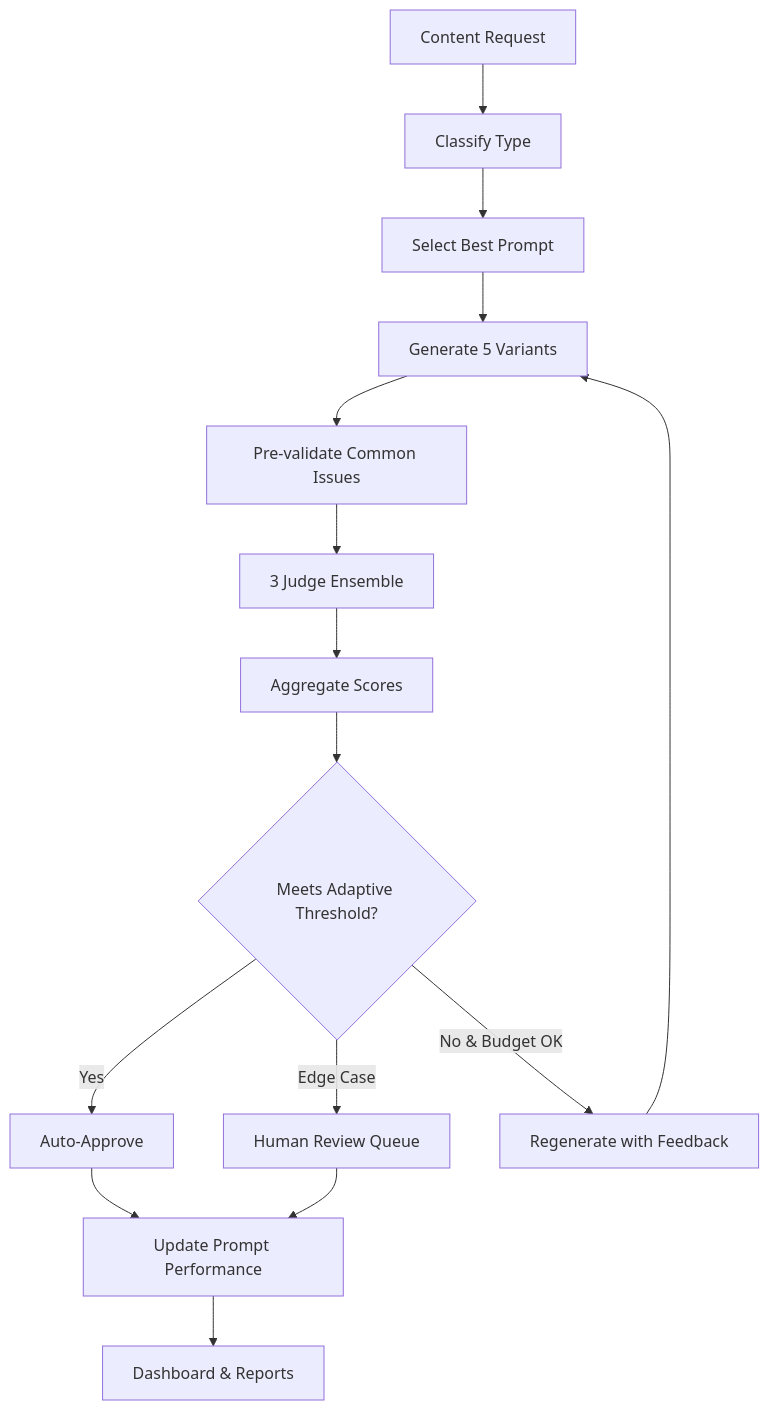
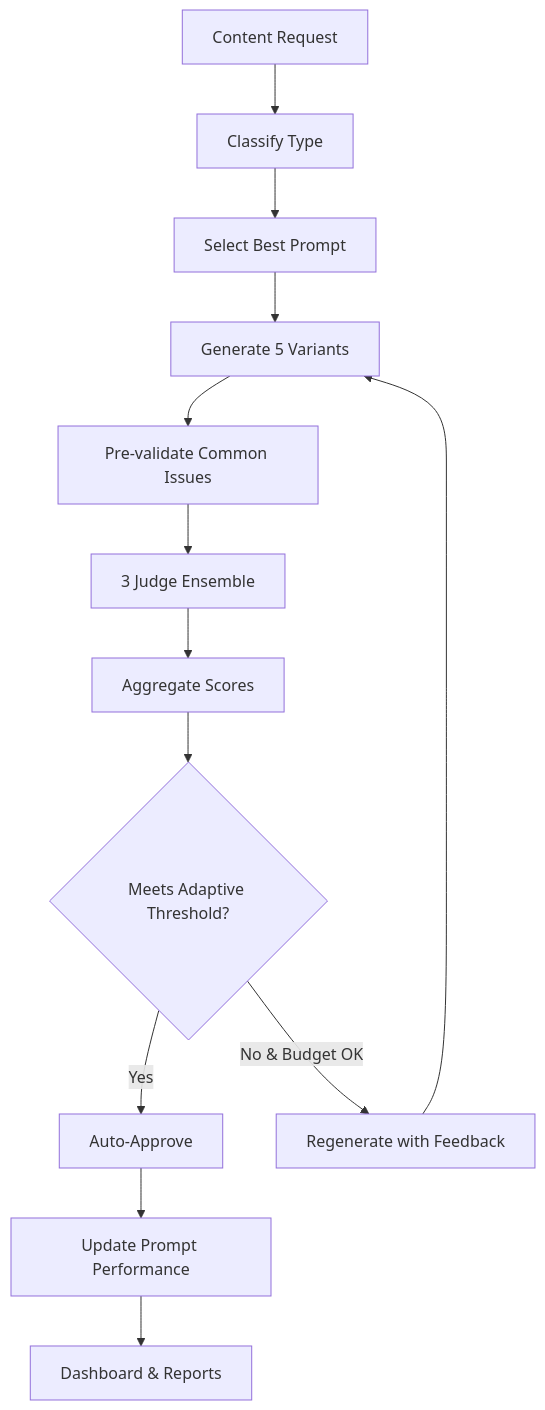
The diagram in docs/exercises/03-llm-as-judge/challenge-tasks.md (LouisChanCLY/automation-exercise), drawn with Mermaid before and after one commit. The commit also changed other lines of this file, not shown here.

````diff
--- a/docs/exercises/03-llm-as-judge/challenge-tasks.md
+++ b/docs/exercises/03-llm-as-judge/challenge-tasks.md
@@ -534,17 +335,15 @@
 ```mermaid
 graph TB
     Input[Content Request] --> Classifier[Classify Type]
     Classifier --> PromptSelector[Select Best Prompt]
     PromptSelector --> MultiGen[Generate 5 Variants]
     MultiGen --> PreValidate[Pre-validate Common Issues]
     PreValidate --> Ensemble[3 Judge Ensemble]
     Ensemble --> Aggregate[Aggregate Scores]
     Aggregate --> Adaptive{Meets Adaptive Threshold?}
     Adaptive -->|Yes| Approve[Auto-Approve]
-    Adaptive -->|Edge Case| Review[Human Review Queue]
     Adaptive -->|No & Budget OK| Iterate[Regenerate with Feedback]
     Iterate --> MultiGen
     Approve --> Learn[Update Prompt Performance]
-    Review --> Learn
     Learn --> Analytics[Dashboard & Reports]
 ```
````
